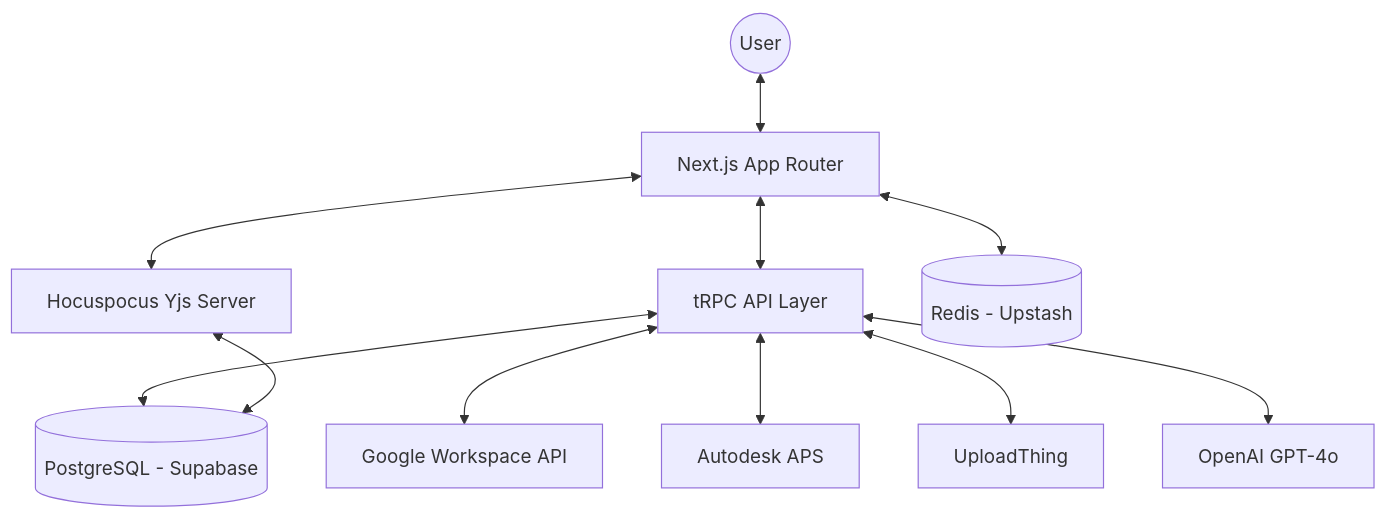
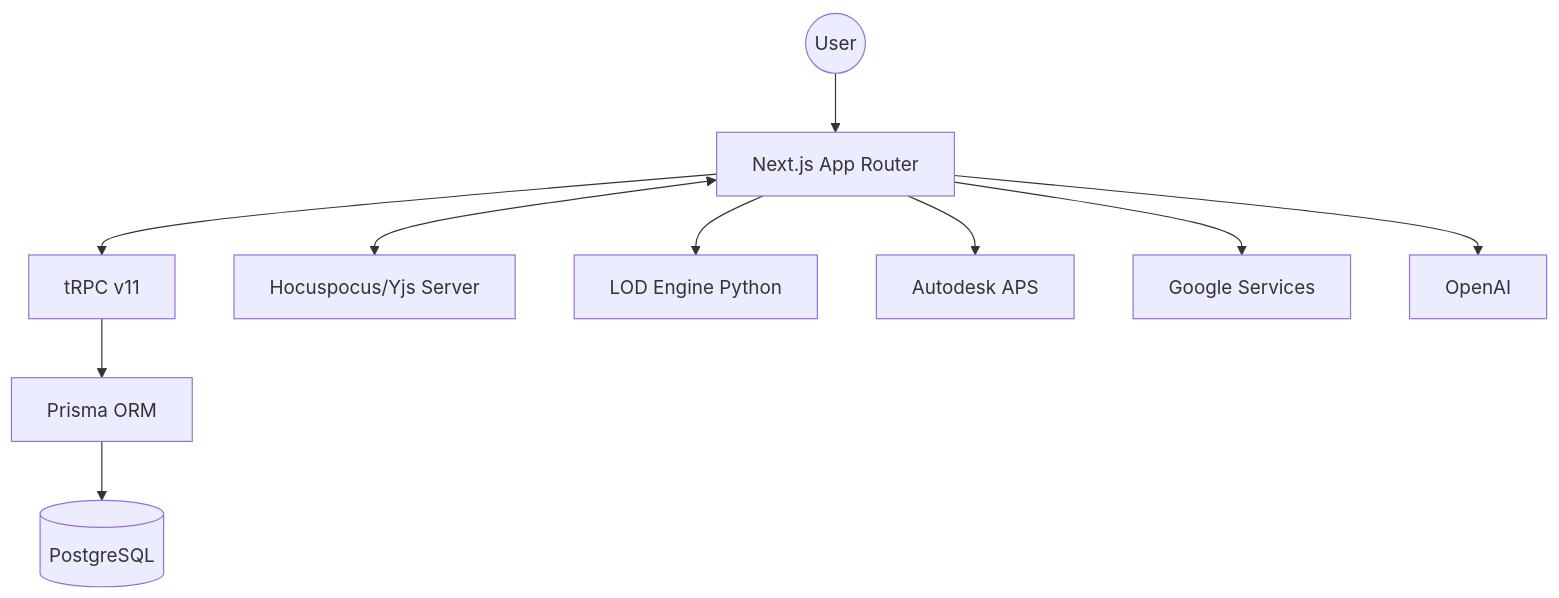
The diagram in .gsd/ARCHITECTURE.md (lecgarq/Dashboard), drawn with Mermaid before and after one commit. The commit also changed other lines of this file and 2 other files, not shown here.

````diff
--- a/.gsd/ARCHITECTURE.md
+++ b/.gsd/ARCHITECTURE.md
@@ -9,24 +9,23 @@
 ```mermaid
 graph TD
     User((User))
     Web[Next.js App Router]
-    TRPC[tRPC API Layer]
-    Hocus[Hocuspocus Yjs Server]
-    DB[(PostgreSQL - Supabase)]
-    Redis[(Redis - Upstash)]
+    TRPC[tRPC v11]
+    Prisma[Prisma ORM]
+    DB[(PostgreSQL)]
+    Hocuspocus[Hocuspocus/Yjs Server]
+    LOD[LOD Engine Python]
     APS[Autodesk APS]
-    Google[Google Workspace API]
-    UT[UploadThing]
-    AI[OpenAI GPT-4o]
+    Google[Google Services]
+    AI[OpenAI]
 
-    User <--> Web
-    Web <--> TRPC
-    Web <--> Hocus
-    TRPC <--> DB
-    TRPC <--> Google
-    TRPC <--> APS
-    TRPC <--> UT
-    TRPC <--> AI
-    Hocus <--> DB
-    Web <--> Redis
+    User --> Web
+    Web --> TRPC
+    TRPC --> Prisma
+    Prisma --> DB
+    Web <--> Hocuspocus
+    Web --> LOD
+    Web --> APS
+    Web --> Google
+    Web --> AI
 ```
````
